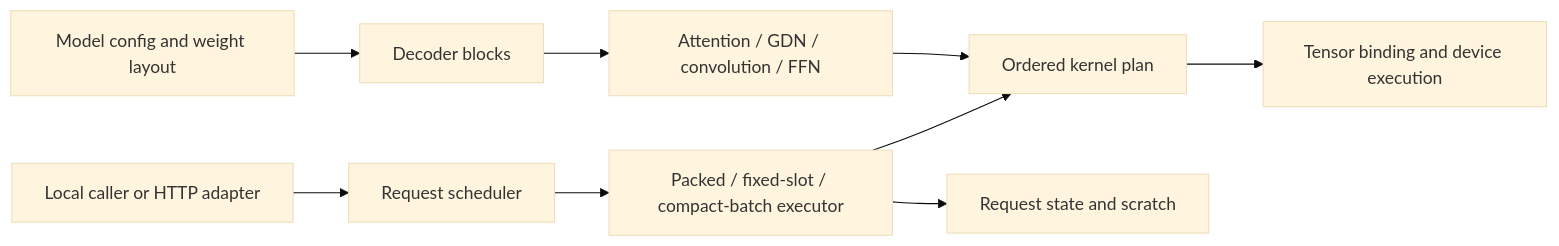
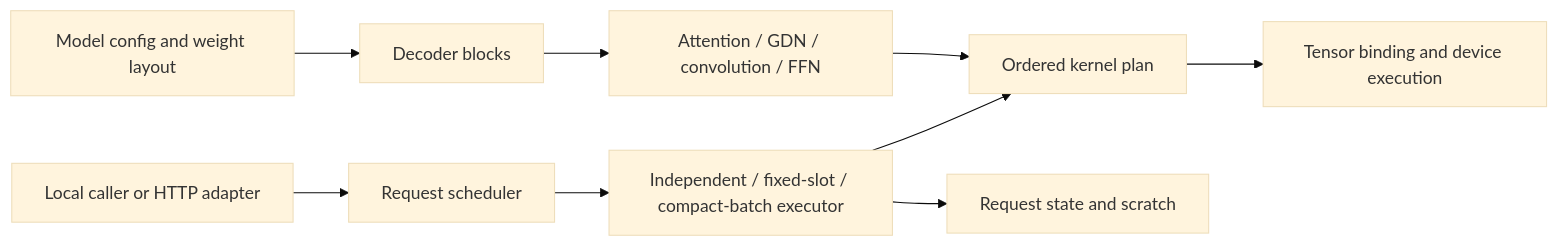
Before and after one commit to kreasof-ai/akas: the diagram in docs/architecture.md, drawn with Mermaid (base theme). The commit also changed other lines of this file and 371 other files, not shown here.

````diff
--- a/docs/architecture.md
+++ b/docs/architecture.md
@@ -8,11 +8,11 @@
 ```mermaid
 flowchart LR
     Definition[Model config and weight layout] --> Blocks[Decoder blocks]
     Blocks --> Operations[Attention / GDN / convolution / FFN]
     Operations --> Plan[Ordered kernel plan]
     Caller[Local caller or HTTP adapter] --> Scheduler[Request scheduler]
-    Scheduler --> Execution[Packed / fixed-slot / compact-batch executor]
+    Scheduler --> Execution[Independent / fixed-slot / compact-batch executor]
     Execution --> Plan
     Execution --> State[Request state and scratch]
     Plan --> Tensor[Tensor binding and device execution]
 ```
````
